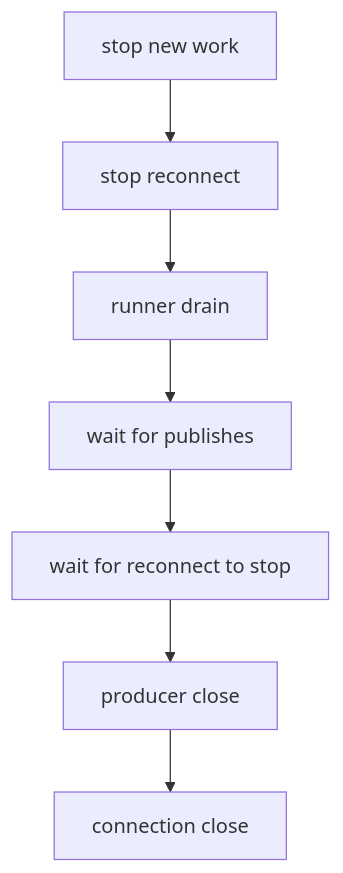
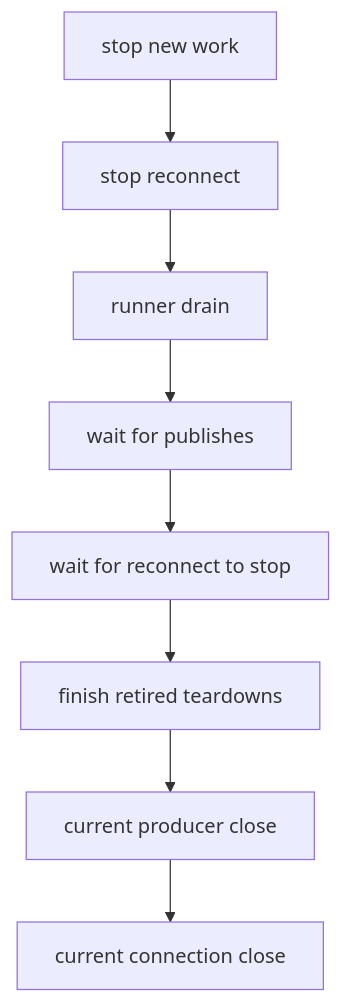
One commit to bktrung/edm_sdk changed the second of 2 diagrams in docs/advanced-topics/lifecycle-and-shutdown.md. Above: the diagram before and after it, drawn with Mermaid. The commit also changed other lines of this file and 88 other files, not shown here.

````diff
--- a/docs/advanced-topics/lifecycle-and-shutdown.md
+++ b/docs/advanced-topics/lifecycle-and-shutdown.md
@@ -87,9 +87,10 @@
 ```mermaid
 flowchart TB
     A[stop new work] --> R[stop reconnect]
     R --> D[runner drain]
     D --> Q[wait for publishes]
     Q --> W[wait for reconnect to stop]
-    W --> P[producer close]
-    P --> C[connection close]
+    W --> T[finish retired teardowns]
+    T --> P[current producer close]
+    P --> C[current connection close]
 ```
````
